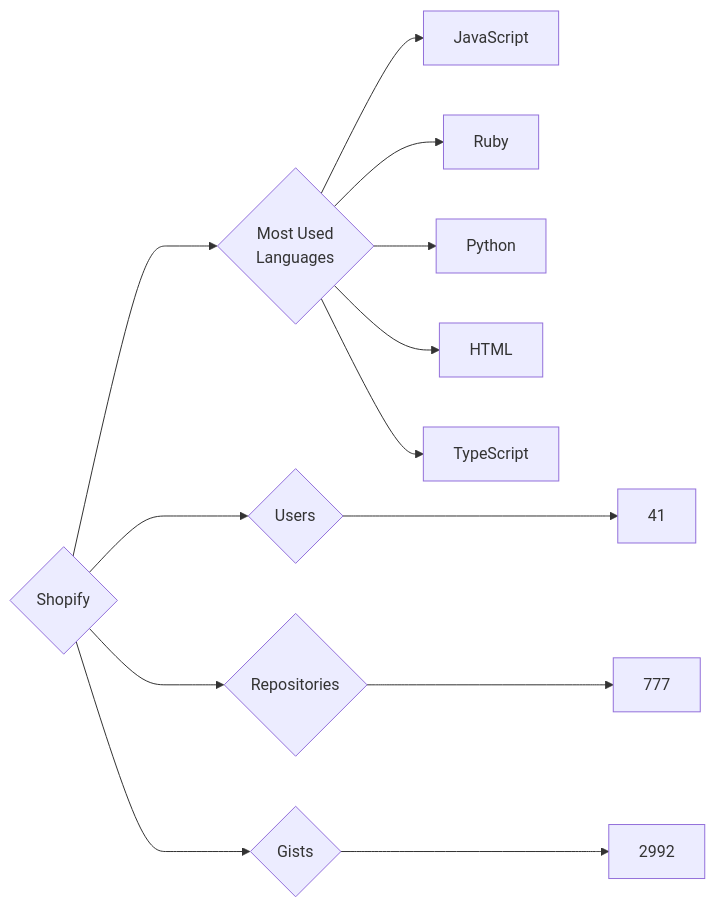
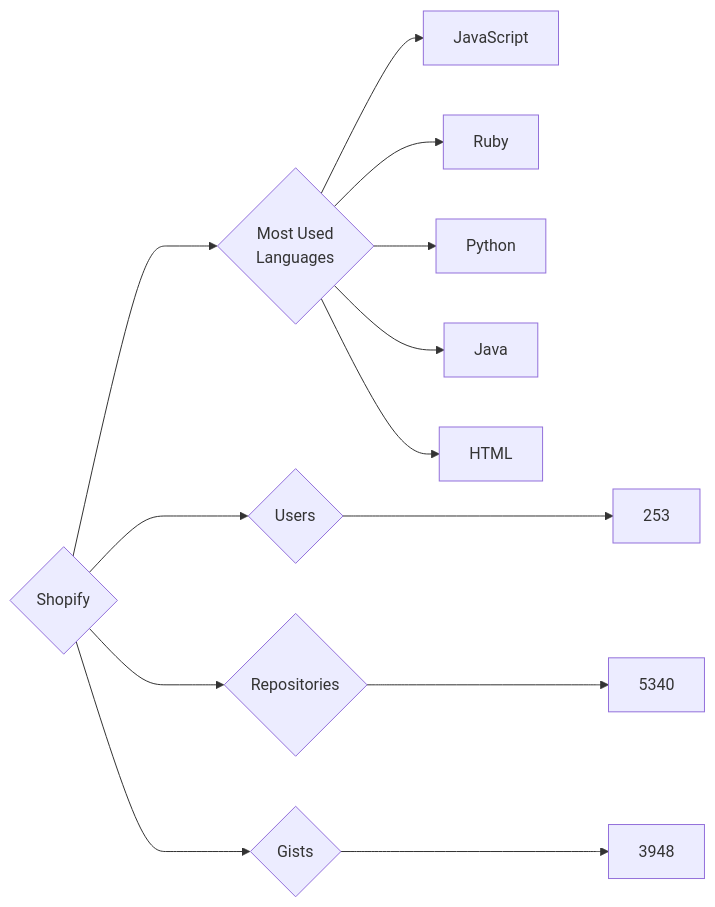
One commit to trickest/insiders changed the diagram in targets/Shopify/README.md. Above: the diagram before and after it, drawn with Mermaid. The commit also changed 953 other files, not shown here.

````diff
--- a/targets/Shopify/README.md
+++ b/targets/Shopify/README.md
@@ -3,13 +3,13 @@
 ```mermaid
 graph LR
 COMPANY_NAME{Shopify}
-COMPANY_NAME ---> U{Users} ---> UN[41]
-COMPANY_NAME ---> R{Repositories} ---> RN[777]
-COMPANY_NAME ---> G{Gists} ---> GN[2992]
+COMPANY_NAME ---> U{Users} ---> UN[253]
+COMPANY_NAME ---> R{Repositories} ---> RN[5340]
+COMPANY_NAME ---> G{Gists} ---> GN[3948]
 COMPANY_NAME ---> ML{Most Used<br>Languages}
 ML --> JavaScript[JavaScript]
 ML --> Ruby[Ruby]
 ML --> Python[Python]
+ML --> Java[Java]
 ML --> HTML[HTML]
-ML --> TypeScript[TypeScript]
 ```
````
